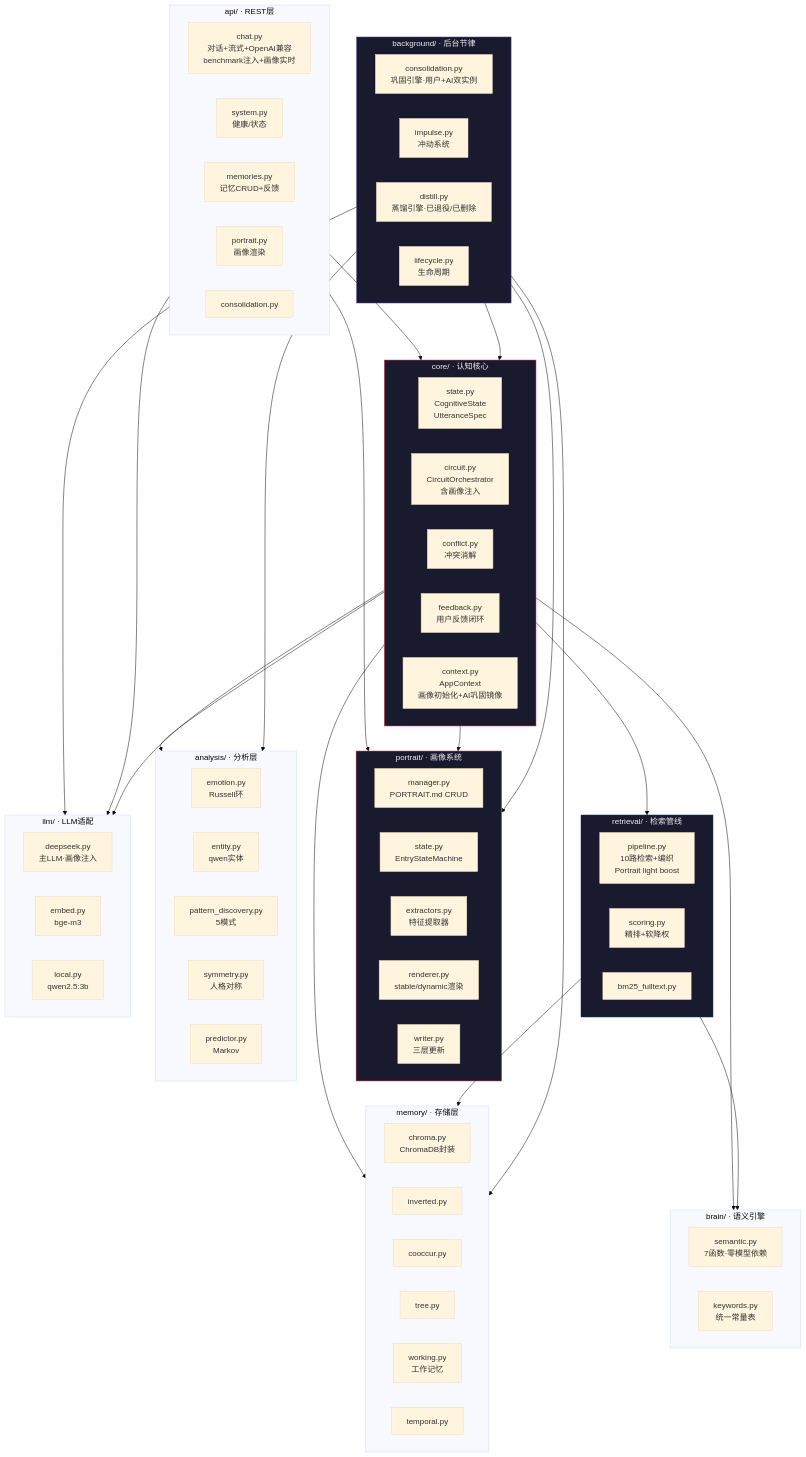
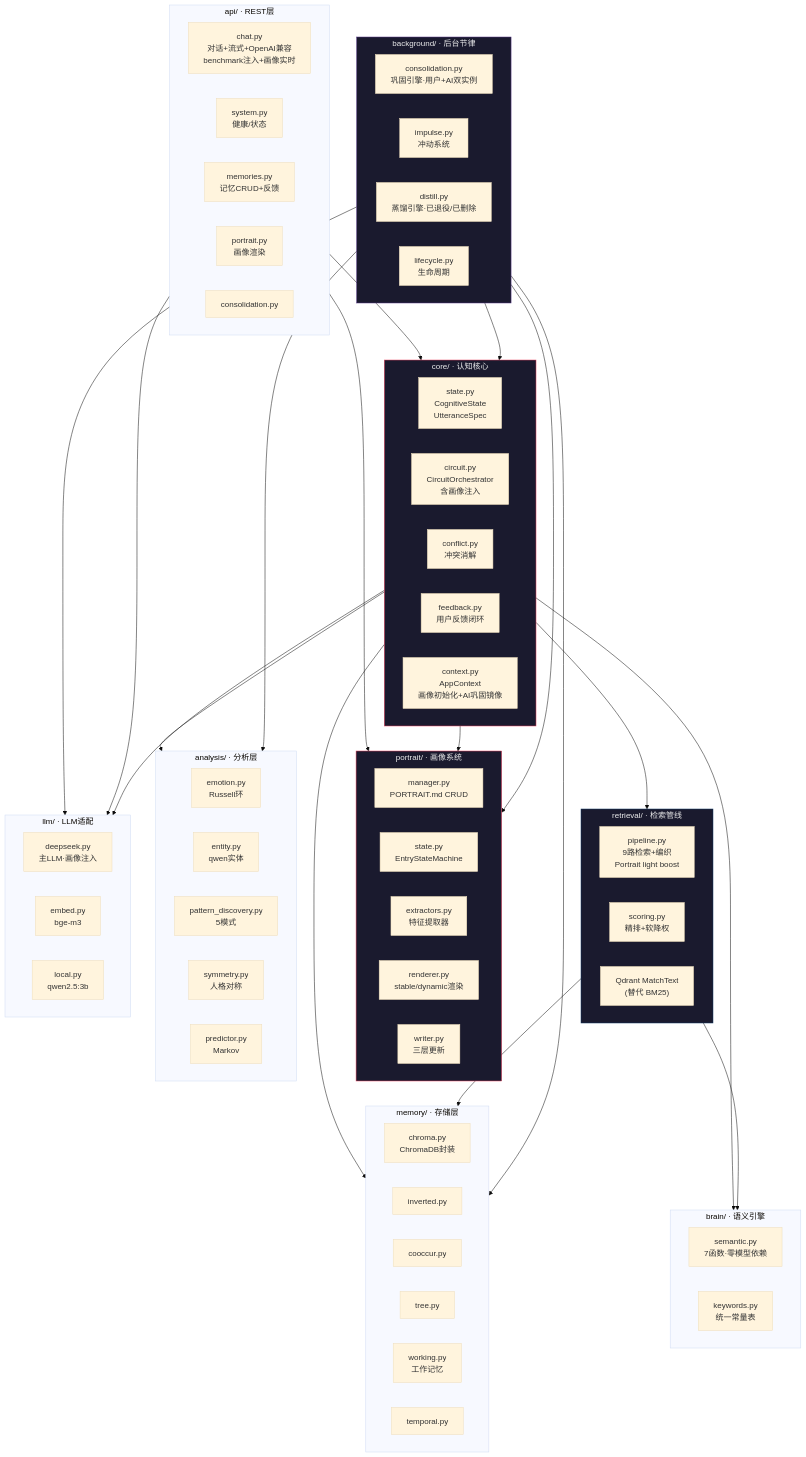
The ninth of 11 diagrams in ARCHITECTURE_DIAGRAM.md (834063245-creator/-First-beat.CH-MemorySystem), drawn with Mermaid (base theme) before and after one commit. The commit also changed other lines of this file and 15 other files, not shown here.

```diff
--- a/ARCHITECTURE_DIAGRAM.md
+++ b/ARCHITECTURE_DIAGRAM.md
@@ -378,9 +378,9 @@
     end
 
     subgraph RETRIEVAL["retrieval/ · 检索管线"]
-        PIPE["pipeline.py<br/>10路检索+编织<br/>Portrait light boost"]
+        PIPE["pipeline.py<br/>9路检索+编织<br/>Portrait light boost"]
         SCORE["scoring.py<br/>精排+软降权"]
-        BM25["bm25_fulltext.py"]
+        FT["Qdrant MatchText<br/>(替代 BM25)"]
     end
 
     subgraph ANALYSIS["analysis/ · 分析层"]
```
